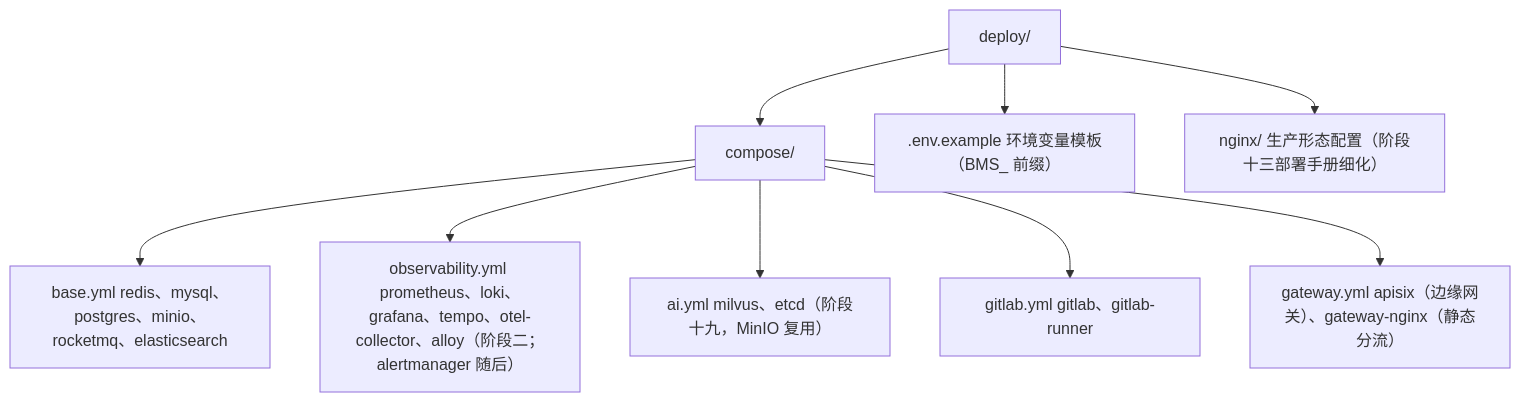
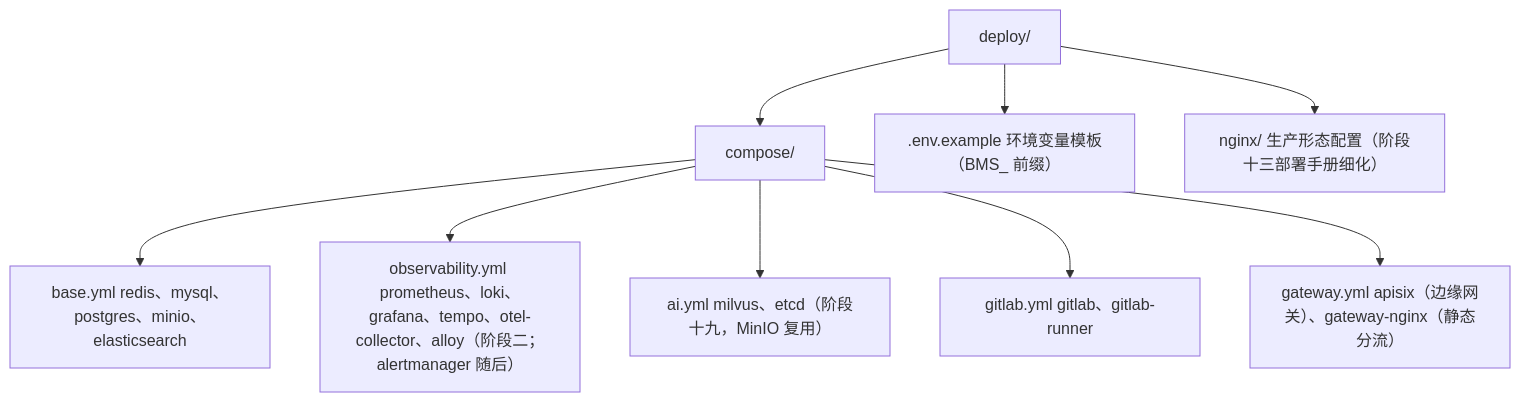
One commit to minjian123/basic-management-system changed the diagram in bms文档/规划/开发部署规划.md. Above: the diagram before and after it, drawn with Mermaid. The commit also changed other lines of this file and 5 other files, not shown here.

````diff
--- a/bms文档/规划/开发部署规划.md
+++ b/bms文档/规划/开发部署规划.md
@@ -141,11 +141,11 @@
 ```mermaid
 graph TD
     A["deploy/"] --> B["compose/"]
-    B --> B1["base.yml redis、mysql、postgres、minio、rocketmq、elasticsearch"]
+    B --> B1["base.yml redis、mysql、postgres、minio、elasticsearch"]
     B --> B2["observability.yml prometheus、loki、grafana、tempo、otel-collector、alloy（阶段二；alertmanager 随后）"]
     B --> B3["ai.yml milvus、etcd（阶段十九，MinIO 复用）"]
     B --> B4["gitlab.yml gitlab、gitlab-runner"]
     B --> B5["gateway.yml apisix（边缘网关）、gateway-nginx（静态分流）"]
     A --> C[".env.example 环境变量模板（BMS_ 前缀）"]
     A --> D["nginx/ 生产形态配置（阶段十三部署手册细化）"]
 ```
````
